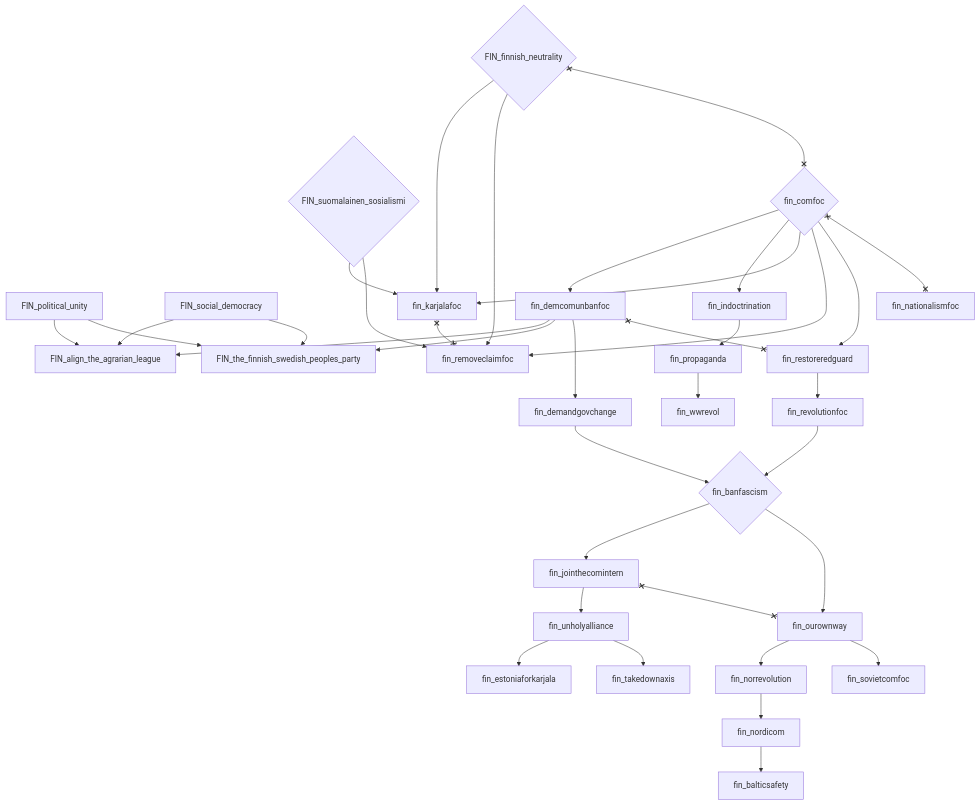
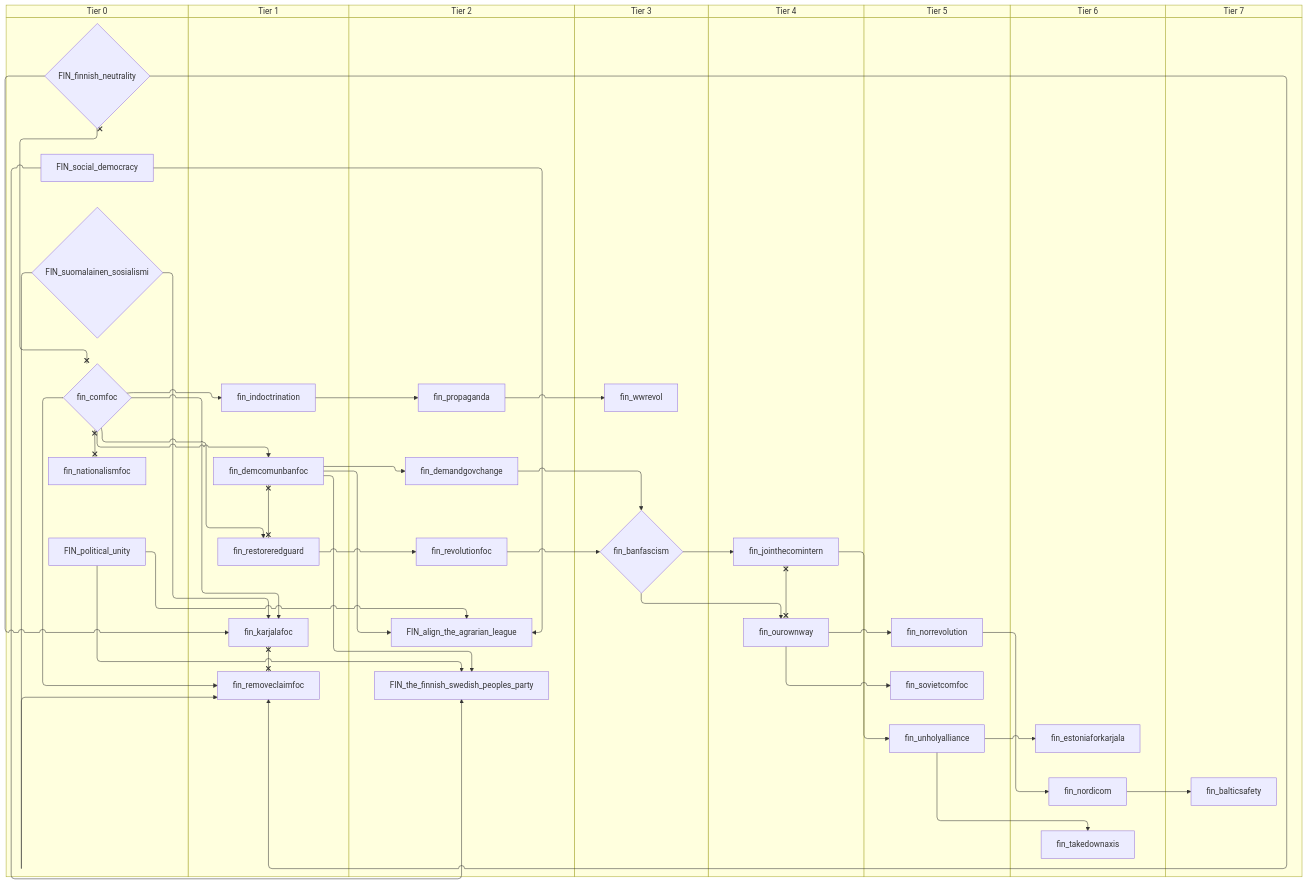
The sixth of 7 diagrams in docs/gdd/National Focuses/finland.md (evgeny-sobol/hoi4-sandbox-mode-r56), drawn with Mermaid before and after one commit. The commit also changed other lines of this file and 423 other files, not shown here.

First line of the commit message:
Re-export Rt56 focus trees as swimlane diagrams

````diff
--- a/docs/gdd/National Focuses/finland.md
+++ b/docs/gdd/National Focuses/finland.md
@@ -533,65 +611,81 @@
 ```mermaid
-flowchart TD
-    n20["FIN_align_the_agrarian_league"]
-    n28{"FIN_finnish_neutrality"}
-    n45["FIN_political_unity"]
-    n51["FIN_social_democracy"]
-    n53{"FIN_suomalainen_sosialismi"}
-    n54["FIN_the_finnish_swedish_peoples_party"]
-    n175["fin_balticsafety"]
-    n176{"fin_banfascism"}
-    n61{"fin_comfoc"}
-    n177["fin_demandgovchange"]
-    n62["fin_demcomunbanfoc"]
-    n178["fin_estoniaforkarjala"]
-    n179["fin_indoctrination"]
-    n180["fin_jointhecomintern"]
-    n64["fin_karjalafoc"]
-    n65["fin_nationalismfoc"]
-    n181["fin_nordicom"]
-    n182["fin_norrevolution"]
-    n183["fin_ourownway"]
-    n184["fin_propaganda"]
-    n66["fin_removeclaimfoc"]
-    n185["fin_restoreredguard"]
-    n186["fin_revolutionfoc"]
-    n187["fin_sovietcomfoc"]
-    n188["fin_takedownaxis"]
-    n189["fin_unholyalliance"]
-    n190["fin_wwrevol"]
-    n45 --> n20
-    n51 --> n20
-    n62 --> n20
-    n51 --> n54
-    n45 --> n54
-    n62 --> n54
-    n181 --> n175
-    n186 --> n176
-    n177 --> n176
-    n62 --> n177
-    n61 --> n62
-    n189 --> n178
-    n61 --> n179
-    n176 --> n180
-    n28 --> n64
-    n53 --> n64
-    n61 --> n64
-    n182 --> n181
-    n183 --> n182
-    n176 --> n183
-    n179 --> n184
-    n28 --> n66
-    n53 --> n66
-    n61 --> n66
-    n61 --> n185
-    n185 --> n186
-    n183 --> n187
-    n189 --> n188
-    n180 --> n189
-    n184 --> n190
-    n28 x--x n61
-    n61 x--x n65
-    n62 x--x n185
-    n180 x--x n183
-    n64 x--x n66
+swimlane-beta TD
+    subgraph tier_0["Tier 0"]
+        n18{"FIN_finnish_neutrality"}
+        n29["FIN_political_unity"]
+        n22["FIN_social_democracy"]
+        n23{"FIN_suomalainen_sosialismi"}
+        n24{"fin_comfoc"}
+        n27["fin_nationalismfoc"]
+    end
+    subgraph tier_1["Tier 1"]
+        n25["fin_demcomunbanfoc"]
+        n175["fin_indoctrination"]
+        n32["fin_karjalafoc"]
+        n33["fin_removeclaimfoc"]
+        n176["fin_restoreredguard"]
+    end
+    subgraph tier_2["Tier 2"]
+        n35["FIN_align_the_agrarian_league"]
+        n40["FIN_the_finnish_swedish_peoples_party"]
+        n177["fin_demandgovchange"]
+        n178["fin_propaganda"]
+        n179["fin_revolutionfoc"]
+    end
+    subgraph tier_3["Tier 3"]
+        n180{"fin_banfascism"}
+        n181["fin_wwrevol"]
+    end
+    subgraph tier_4["Tier 4"]
+        n182["fin_jointhecomintern"]
+        n183["fin_ourownway"]
+    end
+    subgraph tier_5["Tier 5"]
+        n184["fin_norrevolution"]
+        n185["fin_sovietcomfoc"]
+        n186["fin_unholyalliance"]
+    end
+    subgraph tier_6["Tier 6"]
+        n187["fin_estoniaforkarjala"]
+        n188["fin_nordicom"]
+        n189["fin_takedownaxis"]
+    end
+    subgraph tier_7["Tier 7"]
+        n190["fin_balticsafety"]
+    end
+    n29 --> n35
+    n22 --> n35
+    n25 --> n35
+    n22 --> n40
+    n29 --> n40
+    n25 --> n40
+    n188 --> n190
+    n179 --> n180
+    n177 --> n180
+    n25 --> n177
+    n24 --> n25
+    n186 --> n187
+    n24 --> n175
+    n180 --> n182
+    n18 --> n32
+    n23 --> n32
+    n24 --> n32
+    n184 --> n188
+    n183 --> n184
+    n180 --> n183
+    n175 --> n178
+    n18 --> n33
+    n23 --> n33
+    n24 --> n33
+    n24 --> n176
+    n176 --> n179
+    n183 --> n185
+    n186 --> n189
+    n182 --> n186
+    n178 --> n181
+    n18 x--x n24
+    n24 x--x n27
+    n25 x--x n176
+    n182 x--x n183
+    n32 x--x n33
 ```
````
